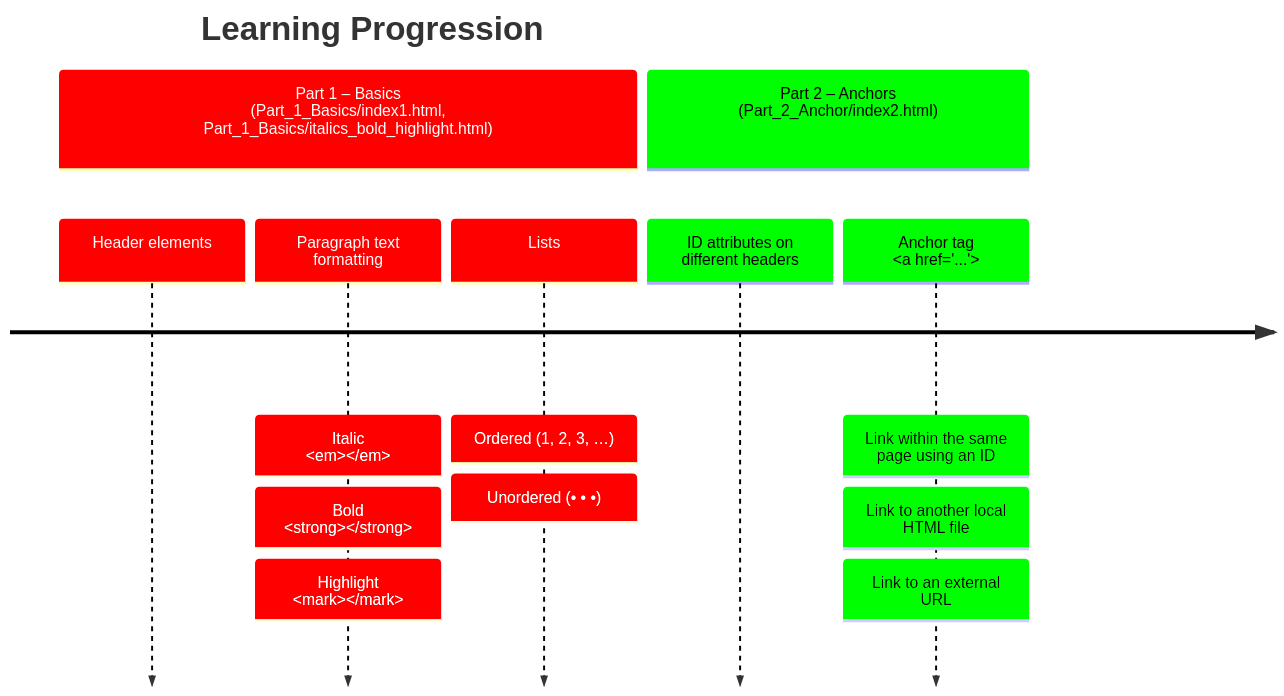
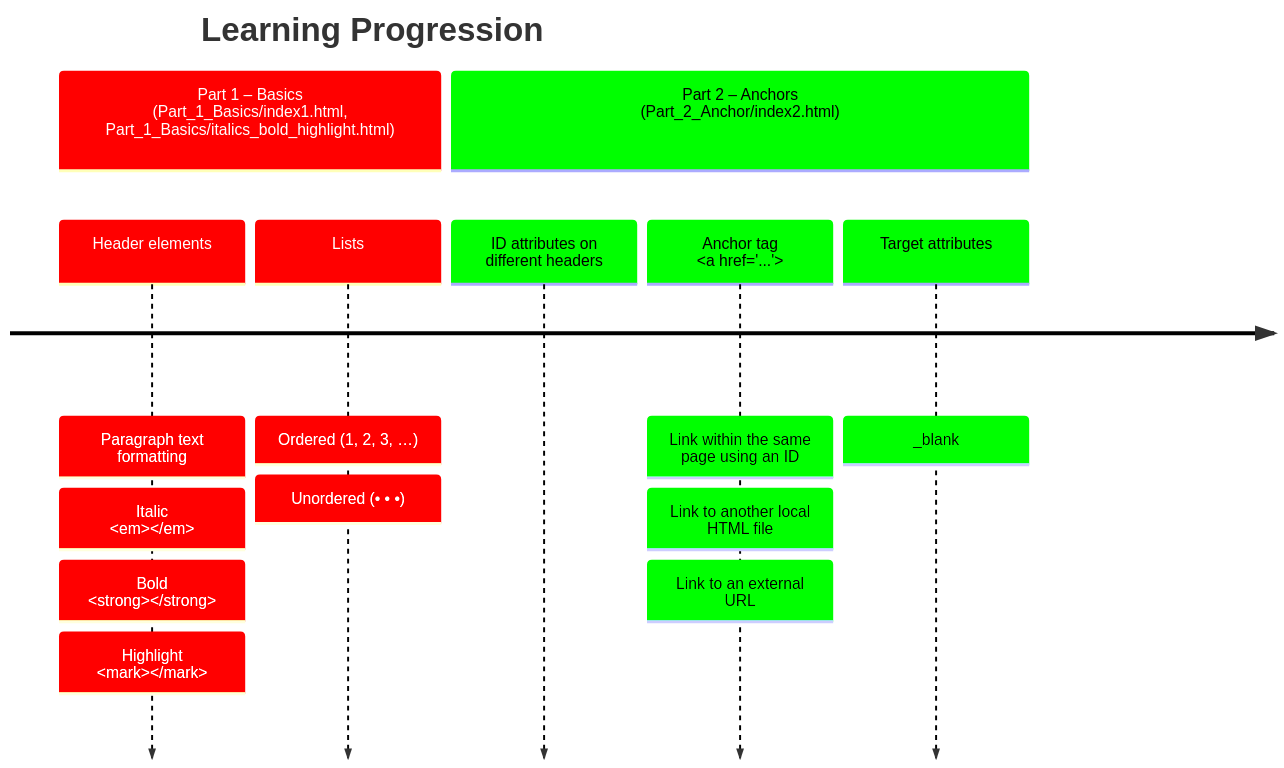
One commit to Lzozoflo/HTML_CSS_openclassroom changed the diagram in README.md. Above: the diagram before and after it, drawn with Mermaid. The commit also changed other lines of this file and 3 other files, not shown here.

````diff
--- a/README.md
+++ b/README.md
@@ -44,27 +53,27 @@
 ```mermaid
 ---
 config:
   logLevel: debug
   theme: default
   themeVariables:
     cScale0: "#ff0000"
     cScaleLabel0: "#ffffff"
     cScale1: "#00ff00"
     cScale2: "#0000ff"
     cScaleLabel2: "#ffffff"
 ---
 timeline
     title Learning Progression
 
     section Part 1 – Basics<br>(Part_1_Basics/index1.html,<br>Part_1_Basics/italics_bold_highlight.html)
-    Header elements
+    Header elements:
     Paragraph text formatting:
         Italic<br><em></em>: Bold<br><strong></strong>: Highlight<br><mark></mark>
     Lists:
         Ordered (1, 2, 3, …): Unordered (• • •)
 
     section Part 2 – Anchors<br>(Part_2_Anchor/index2.html)
-      ID attributes on different headers
-      Anchor tag<br><a href="...">: Link within the same page using an ID: Link to another local HTML file: Link to an external URL
-
+        ID attributes on different headers
+        Anchor tag<br><a href="...">: Link within the same page using an ID: Link to another local HTML file: Link to an external URL
+        Target attributes: _blank
 ```
````
